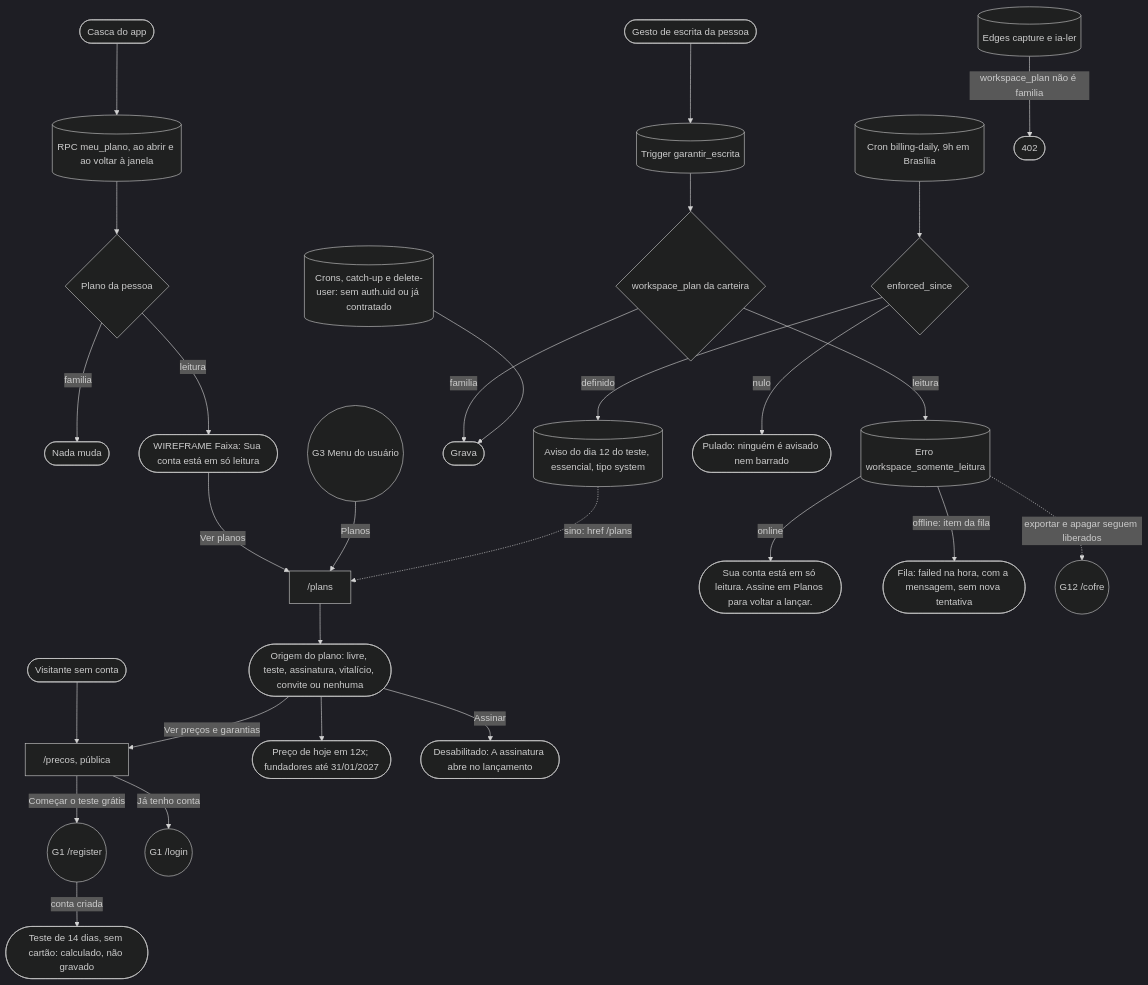
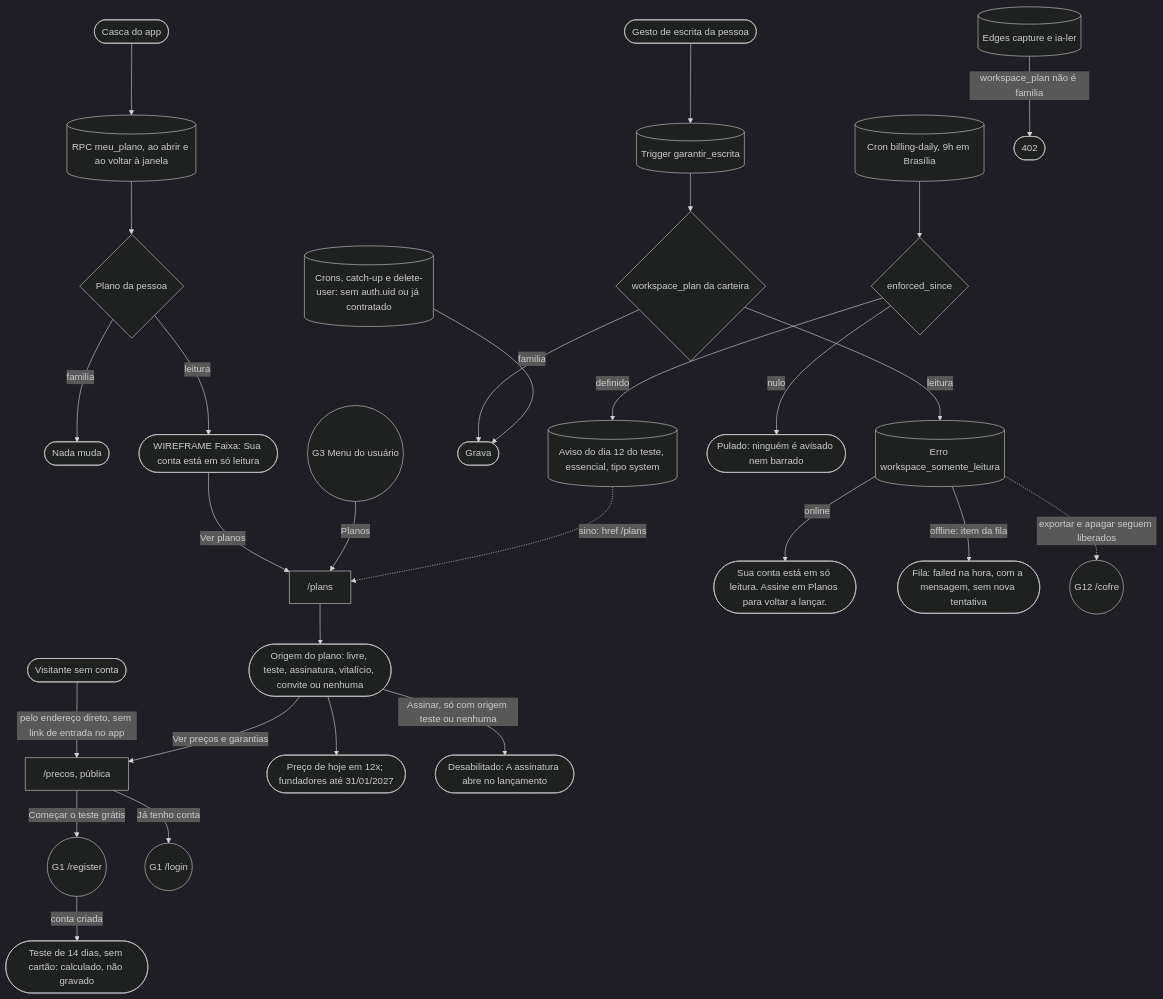
One commit to kauax2000/finance_app changed diagram 16 of 17 in docs/JORNADAS.md. Above: the diagram before and after it, drawn with Mermaid. The commit also changed other lines of this file and 6 other files, not shown here.

Commit message:
fix(planos): onda final do Bloco 4 — /precos sem link de entrada, condição do Assinar e plural do Piloto

````diff
--- a/docs/JORNADAS.md
+++ b/docs/JORNADAS.md
@@ -1092,34 +1092,34 @@
 ```mermaid
 %%{init: {"theme": "dark"}}%%
 flowchart TD
-    visitor(["Visitante sem conta"]) --> precos["/precos, pública"]
+    visitor(["Visitante sem conta"]) -->|"pelo endereço direto, sem link de entrada no app"| precos["/precos, pública"]
     precos -->|"Começar o teste grátis"| G1r(("G1 /register"))
     precos -->|"Já tenho conta"| G1l(("G1 /login"))
     G1r -->|"conta criada"| trial(["Teste de 14 dias, sem cartão: calculado, não gravado"])
 
     shell(["Casca do app"]) --> mine[("RPC meu_plano, ao abrir e ao voltar à janela")]
     mine --> state{"Plano da pessoa"}
     state -->|"familia"| free(["Nada muda"])
     state -->|"leitura"| banner(["WIREFRAME Faixa: Sua conta está em só leitura"])
     banner -->|"Ver planos"| plans["/plans"]
     userMenu(("G3 Menu do usuário")) -->|"Planos"| plans
     plans --> origin(["Origem do plano: livre, teste, assinatura, vitalício, convite ou nenhuma"])
     origin --> price(["Preço de hoje em 12x; fundadores até 31/01/2027"])
-    origin -->|"Assinar"| subscribe(["Desabilitado: A assinatura abre no lançamento"])
+    origin -->|"Assinar, só com origem teste ou nenhuma"| subscribe(["Desabilitado: A assinatura abre no lançamento"])
     origin -->|"Ver preços e garantias"| precos
 
     write(["Gesto de escrita da pessoa"]) --> trigger[("Trigger garantir_escrita")]
     trigger --> gate{"workspace_plan da carteira"}
     gate -->|"familia"| saved(["Grava"])
     gate -->|"leitura"| refused[("Erro workspace_somente_leitura")]
     refused -->|"online"| msg(["Sua conta está em só leitura. Assine em Planos para voltar a lançar."])
     refused -->|"offline: item da fila"| failed(["Fila: failed na hora, com a mensagem, sem nova tentativa"])
     refused -.->|"exportar e apagar seguem liberados"| G12(("G12 /cofre"))
     cronjobs[("Crons, catch-up e delete-user: sem auth.uid ou já contratado")] --> saved
 
     daily[("Cron billing-daily, 9h em Brasília")] --> off{"enforced_since"}
     off -->|"nulo"| skip(["Pulado: ninguém é avisado nem barrado"])
     off -->|"definido"| day12[("Aviso do dia 12 do teste, essencial, tipo system")]
     day12 -.->|"sino: href /plans"| plans
     capture[("Edges capture e ia-ler")] -->|"workspace_plan não é familia"| r402(["402"])
 ```
````
